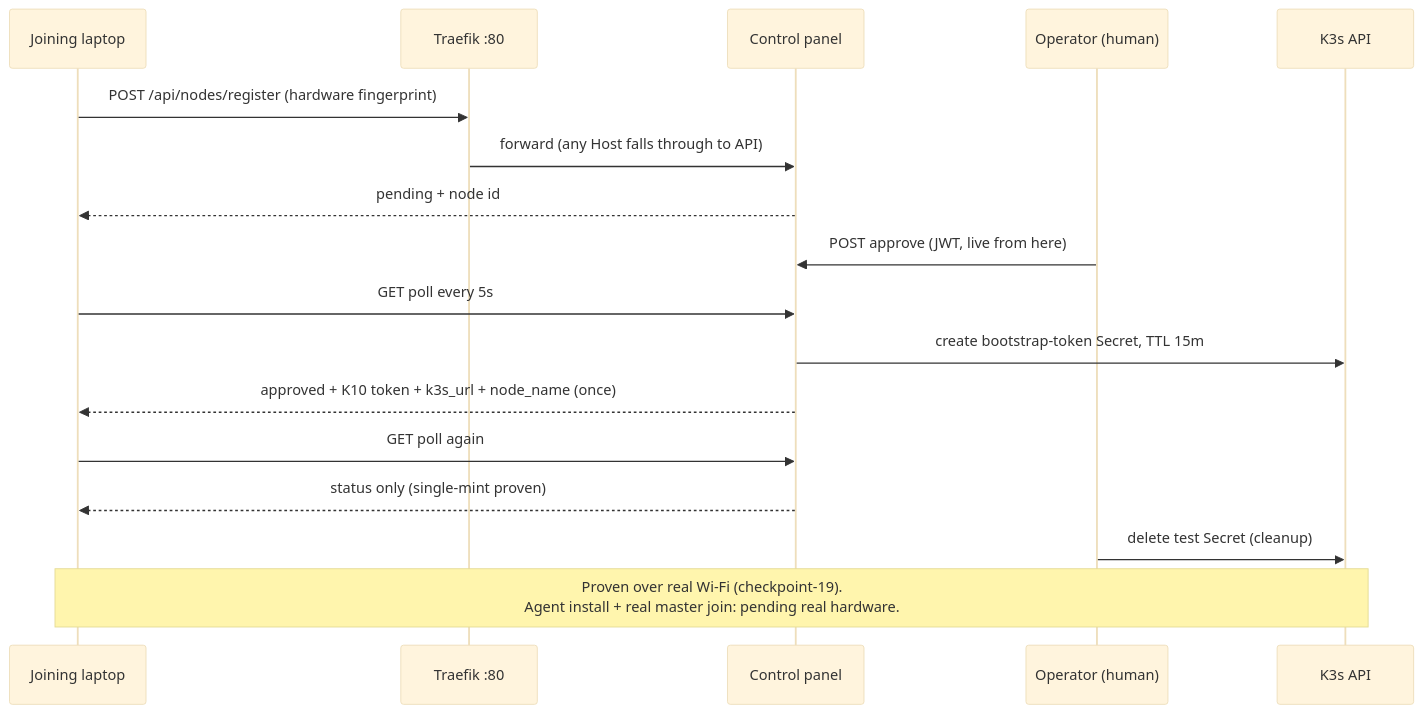
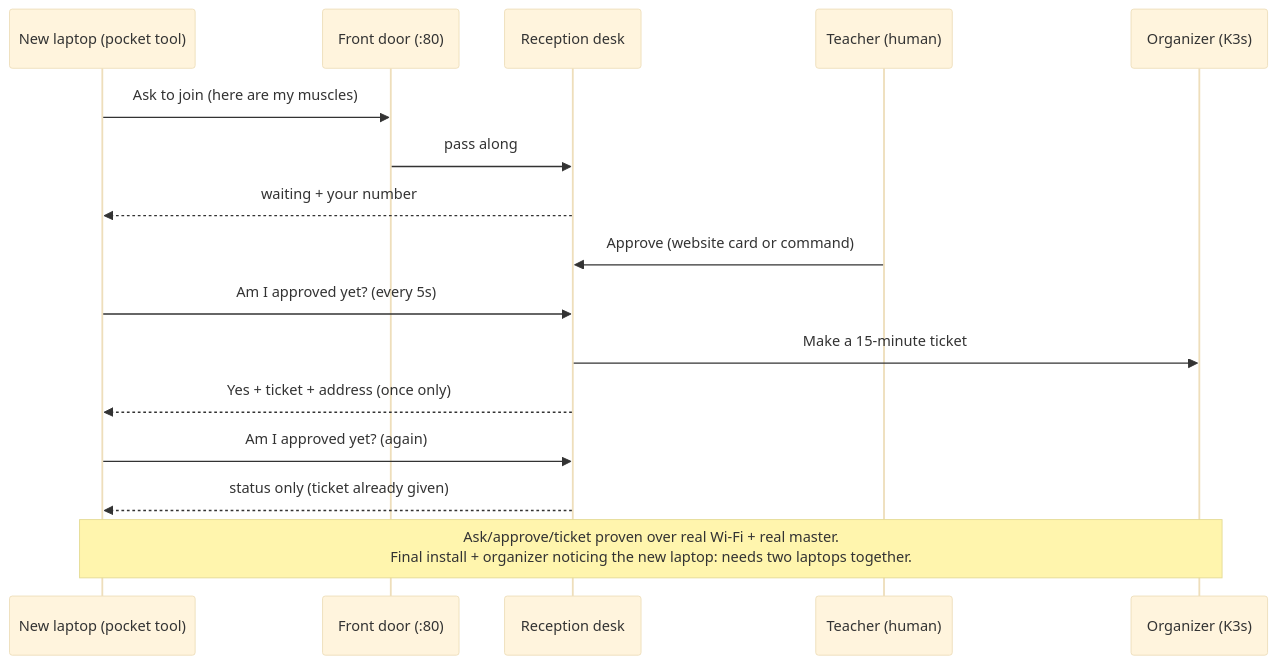
The fifth of 6 diagrams in docs/project-journey-report.md (GITGUYX8/LDNDRC), drawn with Mermaid (base theme) before and after one commit. The commit also changed other lines of this file and 2 other files, not shown here.

````diff
--- a/docs/project-journey-report.md
+++ b/docs/project-journey-report.md
@@ -128,19 +280,18 @@
 ```mermaid
 sequenceDiagram
-    participant L as Joining laptop
-    participant T as Traefik :80
-    participant C as Control panel
-    participant O as Operator (human)
-    participant K as K3s API
-    L->>T: POST /api/nodes/register (hardware fingerprint)
-    T->>C: forward (any Host falls through to API)
-    C-->>L: pending + node id
-    O->>C: POST approve (JWT, live from here)
-    L->>C: GET poll every 5s
-    C->>K: create bootstrap-token Secret, TTL 15m
-    C-->>L: approved + K10 token + k3s_url + node_name (once)
-    L->>C: GET poll again
-    C-->>L: status only (single-mint proven)
-    O->>K: delete test Secret (cleanup)
-    Note over L,K: Proven over real Wi-Fi (checkpoint-19).<br/>Agent install + real master join: pending real hardware.
+    participant L as New laptop (pocket tool)
+    participant D as Front door (:80)
+    participant Desk as Reception desk
+    participant T as Teacher (human)
+    participant Org as Organizer (K3s)
+    L->>D: Ask to join (here are my muscles)
+    D->>Desk: pass along
+    Desk-->>L: waiting + your number
+    T->>Desk: Approve (website card or command)
+    L->>Desk: Am I approved yet? (every 5s)
+    Desk->>Org: Make a 15-minute ticket
+    Desk-->>L: Yes + ticket + address (once only)
+    L->>Desk: Am I approved yet? (again)
+    Desk-->>L: status only (ticket already given)
+    Note over L,Org: Ask/approve/ticket proven over real Wi-Fi + real master.<br/>Final install + organizer noticing the new laptop: needs two laptops together.
 ```
````
